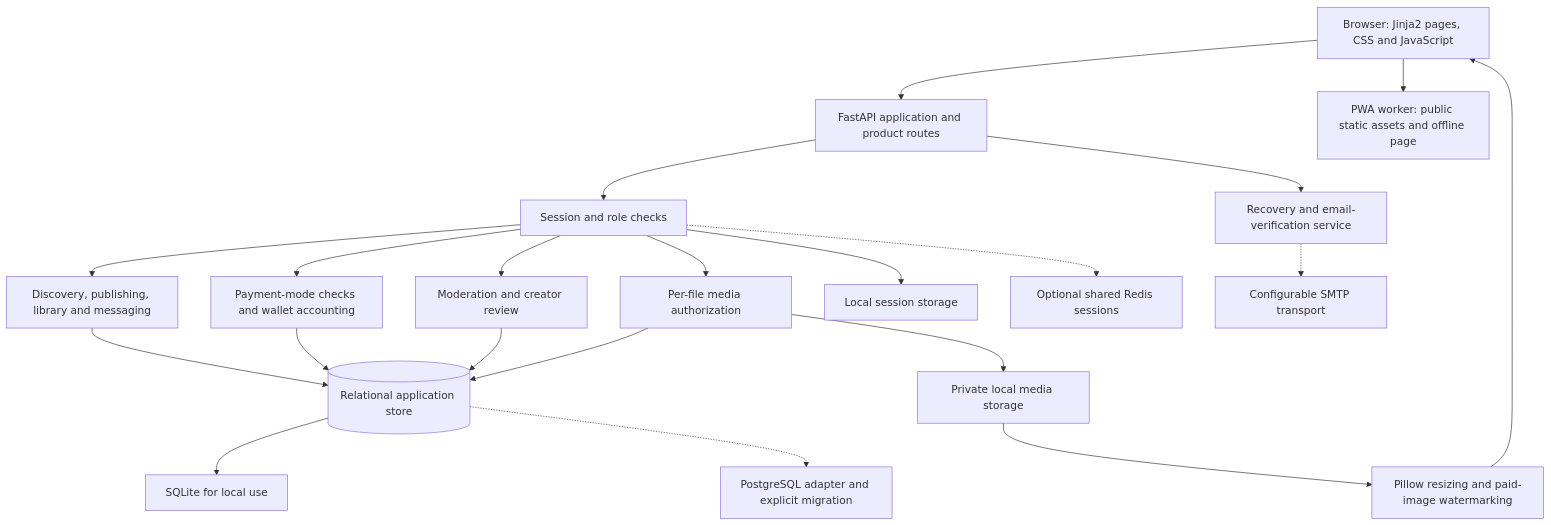
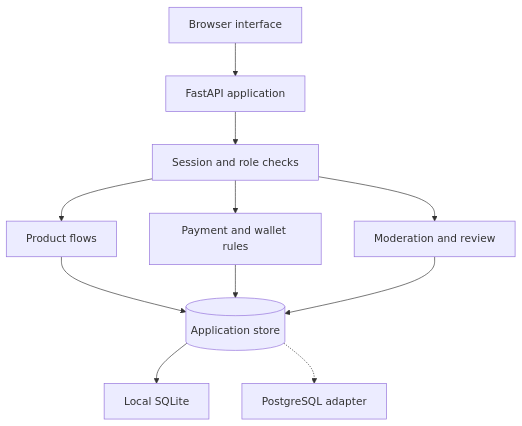
Before and after one commit to nqmaikel/only-filipinas: the first of 3 diagrams in README.md, drawn with Mermaid. The commit also changed other lines of this file, not shown here.

Commit message:
docs: make architecture diagrams readable in the showcase

````diff
--- a/README.md
+++ b/README.md
@@ -90,27 +96,13 @@
 ```mermaid
 flowchart TB
-    B["Browser: Jinja2 pages, CSS and JavaScript"] --> A["FastAPI application and product routes"]
-    B --> W["PWA worker: public static assets and offline page"]
-
+    B["Browser interface"] --> A["FastAPI application"]
     A --> S["Session and role checks"]
-    S --> P["Discovery, publishing, library and messaging"]
-    S --> M["Per-file media authorization"]
-    S --> T["Payment-mode checks and wallet accounting"]
-    S --> R["Moderation and creator review"]
-
-    P --> D[("Relational application store")]
+    S --> P["Product flows"]
+    S --> T["Payment and wallet rules"]
+    S --> R["Moderation and review"]
+    P --> D[("Application store")]
     T --> D
     R --> D
-    M --> D
-    D --> L["SQLite for local use"]
-    D -.-> PG["PostgreSQL adapter and explicit migration"]
-
-    M --> F["Private local media storage"]
-    F --> I["Pillow resizing and paid-image watermarking"]
-    I --> B
-
-    S --> MEM["Local session storage"]
-    S -.-> REDIS["Optional shared Redis sessions"]
-    A --> E["Recovery and email-verification service"]
-    E -.-> SMTP["Configurable SMTP transport"]
+    D --> L["Local SQLite"]
+    D -.-> PG["PostgreSQL adapter"]
 ```
````
